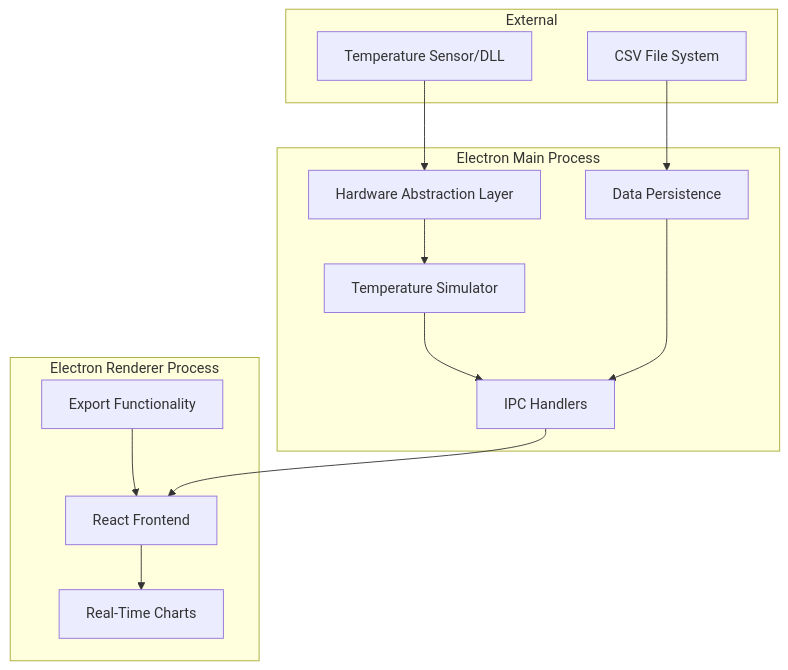
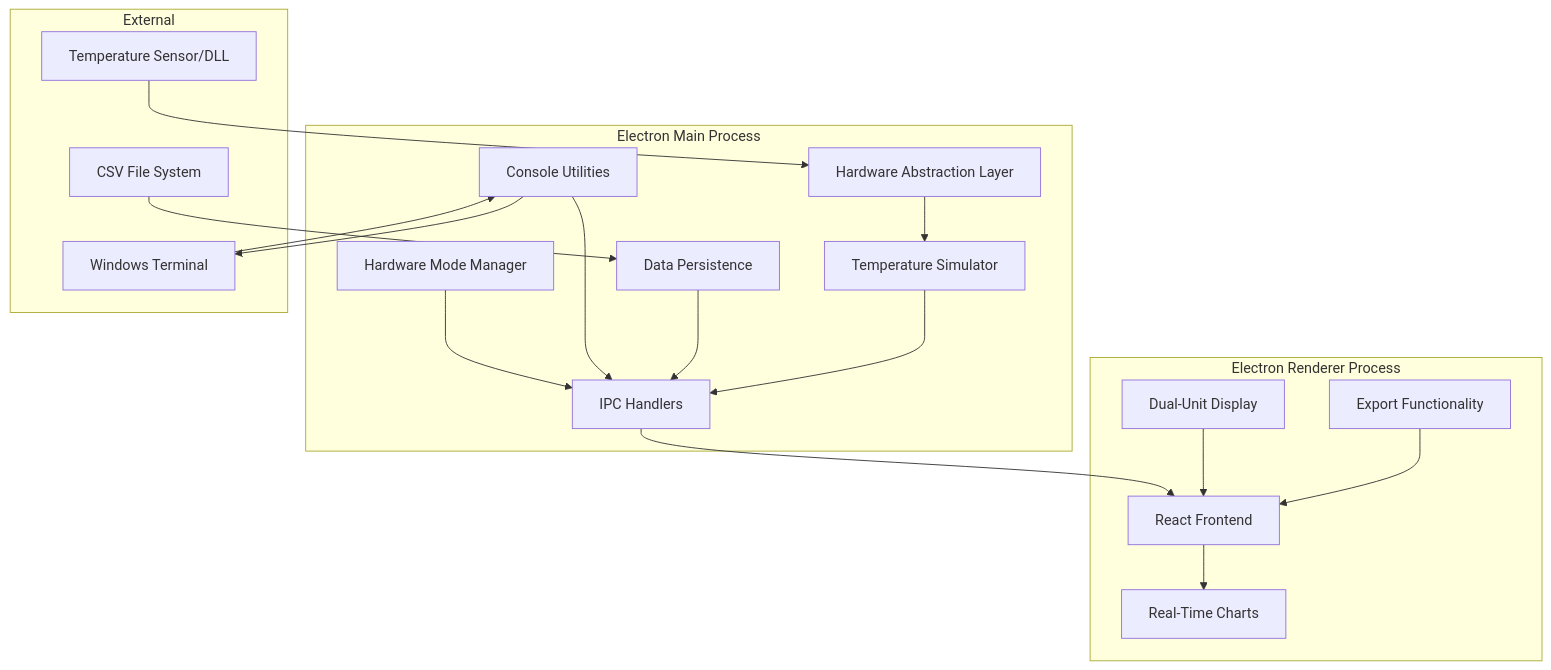
One commit to Interlaken0/temperature-plotter changed the diagram in README.md. Above: the diagram before and after it, drawn with Mermaid. The commit also changed other lines of this file and 10 other files, not shown here.

````diff
--- a/README.md
+++ b/README.md
@@ -53,20 +71,25 @@
 ```mermaid
 graph TB
     subgraph "Electron Main Process"
         A[Temperature Simulator] --> B[IPC Handlers]
         C[Hardware Abstraction Layer] --> A
         D[Data Persistence] --> B
+        E[Console Utilities] --> B
+        F[Hardware Mode Manager] --> B
     end
     
     subgraph "Electron Renderer Process"
-        E[React Frontend] --> F[Real-Time Charts]
-        G[Export Functionality] --> E
+        G[React Frontend] --> H[Real-Time Charts]
+        I[Export Functionality] --> G
+        J[Dual-Unit Display] --> G
     end
     
     subgraph "External"
-        H[Temperature Sensor/DLL] --> C
-        I[CSV File System] --> D
+        K[Temperature Sensor/DLL] --> C
+        L[CSV File System] --> D
+        M[Windows Terminal] --> E
     end
     
-    B --> E
+    B --> G
+    E --> M
 ```
````
